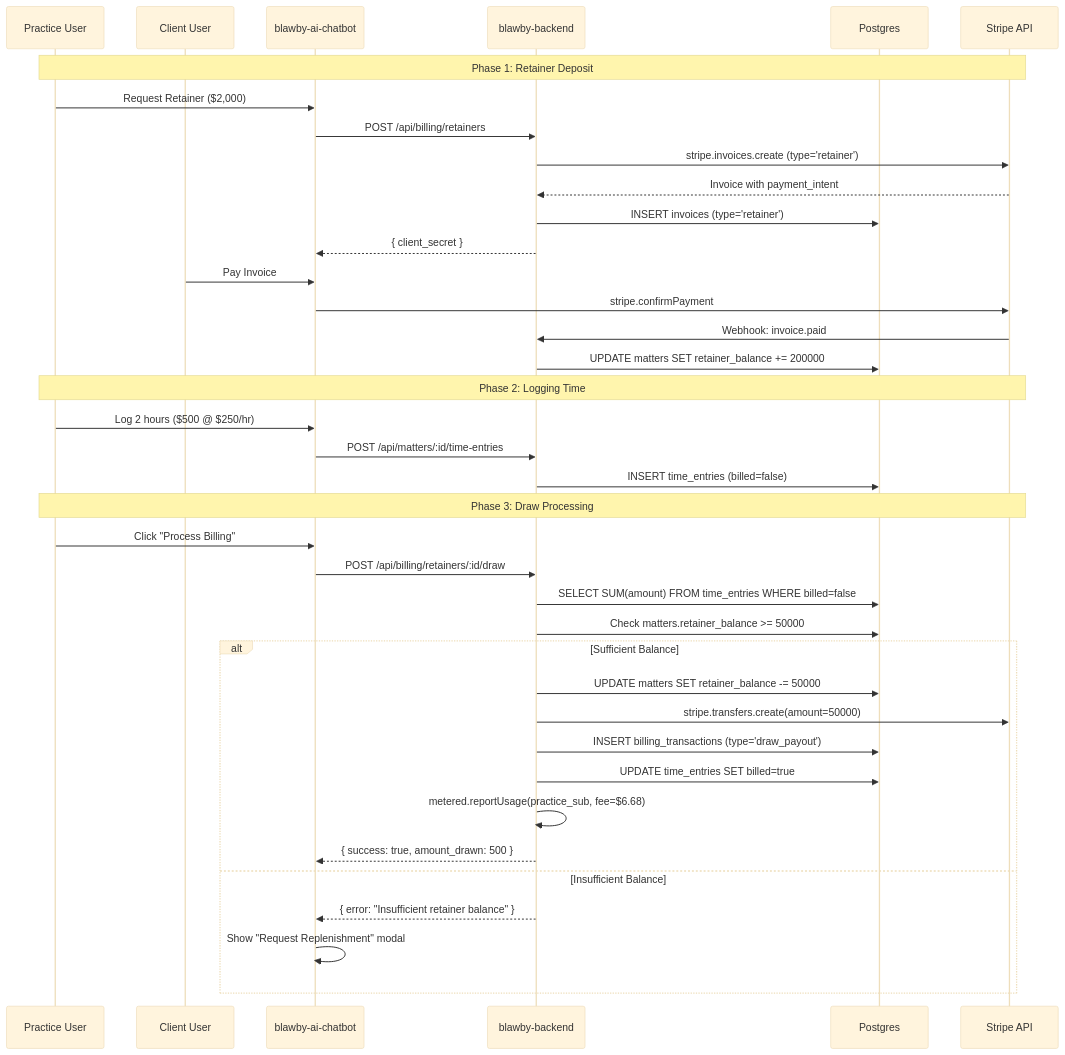
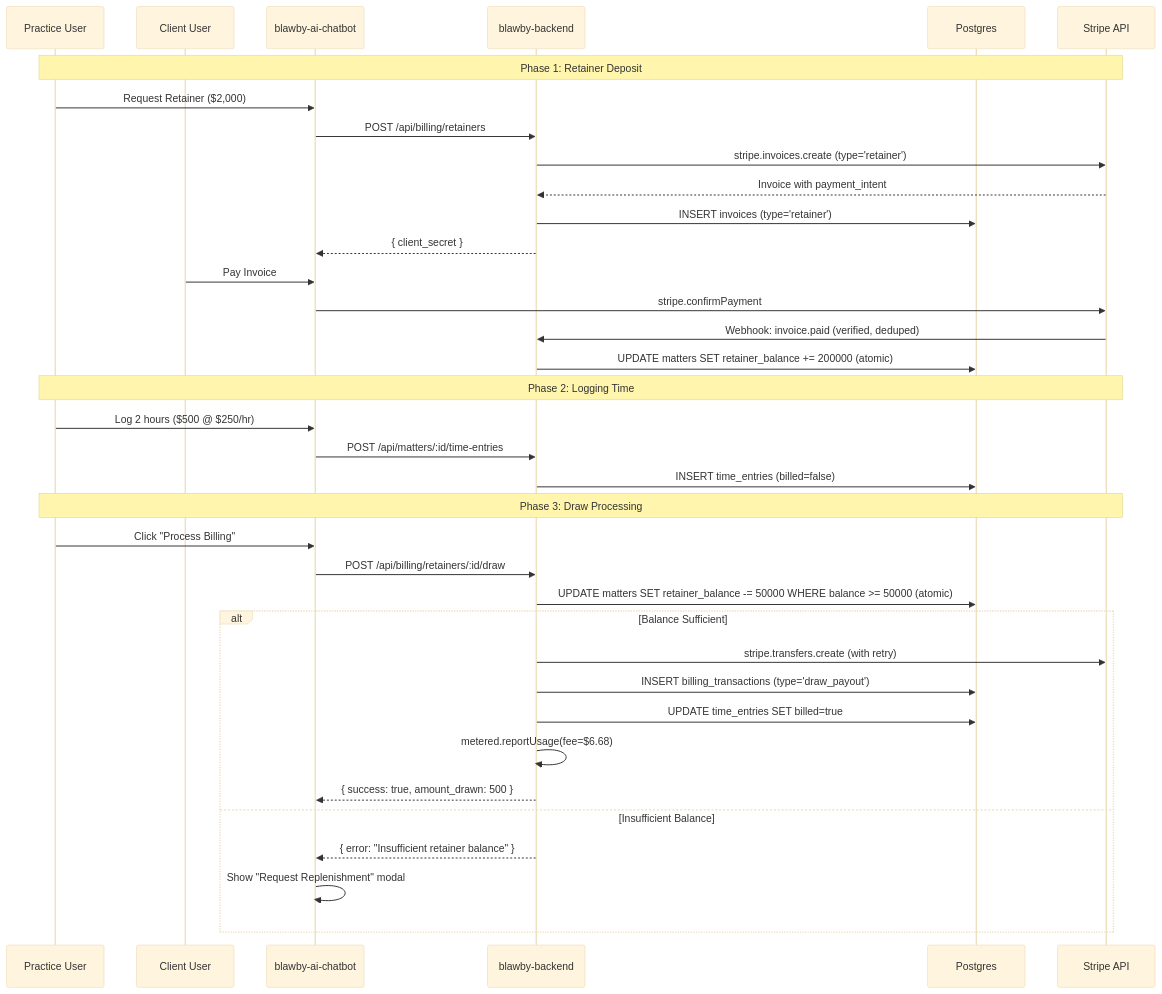
One commit to Blawby/blawby-ai-chatbot changed the second of 2 diagrams in BILLING_PLAN.md. Above: the diagram before and after it, drawn with Mermaid (base theme). The commit also changed other lines of this file, not shown here.

````diff
--- a/BILLING_PLAN.md
+++ b/BILLING_PLAN.md
@@ -90,43 +115,41 @@
 ```mermaid
 sequenceDiagram
     participant Practice as Practice User
     participant Client as Client User
     participant Frontend as blawby-ai-chatbot
     participant Backend as blawby-backend
     participant DB as Postgres
     participant Stripe as Stripe API
 
     Note over Practice,Stripe: Phase 1: Retainer Deposit
     Practice->>Frontend: Request Retainer ($2,000)
     Frontend->>Backend: POST /api/billing/retainers
     Backend->>Stripe: stripe.invoices.create (type='retainer')
     Stripe-->>Backend: Invoice with payment_intent
     Backend->>DB: INSERT invoices (type='retainer')
     Backend-->>Frontend: { client_secret }
     Client->>Frontend: Pay Invoice
     Frontend->>Stripe: stripe.confirmPayment
-    Stripe->>Backend: Webhook: invoice.paid
-    Backend->>DB: UPDATE matters SET retainer_balance += 200000
+    Stripe->>Backend: Webhook: invoice.paid (verified, deduped)
+    Backend->>DB: UPDATE matters SET retainer_balance += 200000 (atomic)
 
     Note over Practice,Stripe: Phase 2: Logging Time
     Practice->>Frontend: Log 2 hours ($500 @ $250/hr)
     Frontend->>Backend: POST /api/matters/:id/time-entries
     Backend->>DB: INSERT time_entries (billed=false)
 
     Note over Practice,Stripe: Phase 3: Draw Processing
     Practice->>Frontend: Click "Process Billing"
     Frontend->>Backend: POST /api/billing/retainers/:id/draw
-    Backend->>DB: SELECT SUM(amount) FROM time_entries WHERE billed=false
-    Backend->>DB: Check matters.retainer_balance >= 50000
-    alt Sufficient Balance
-        Backend->>DB: UPDATE matters SET retainer_balance -= 50000
-        Backend->>Stripe: stripe.transfers.create(amount=50000)
+    Backend->>DB: UPDATE matters SET retainer_balance -= 50000 WHERE balance >= 50000 (atomic)
+    alt Balance Sufficient
+        Backend->>Stripe: stripe.transfers.create (with retry)
         Backend->>DB: INSERT billing_transactions (type='draw_payout')
         Backend->>DB: UPDATE time_entries SET billed=true
-        Backend->>Backend: metered.reportUsage(practice_sub, fee=$6.68)
+        Backend->>Backend: metered.reportUsage(fee=$6.68)
         Backend-->>Frontend: { success: true, amount_drawn: 500 }
     else Insufficient Balance
         Backend-->>Frontend: { error: "Insufficient retainer balance" }
         Frontend->>Frontend: Show "Request Replenishment" modal
     end
 ```
````
